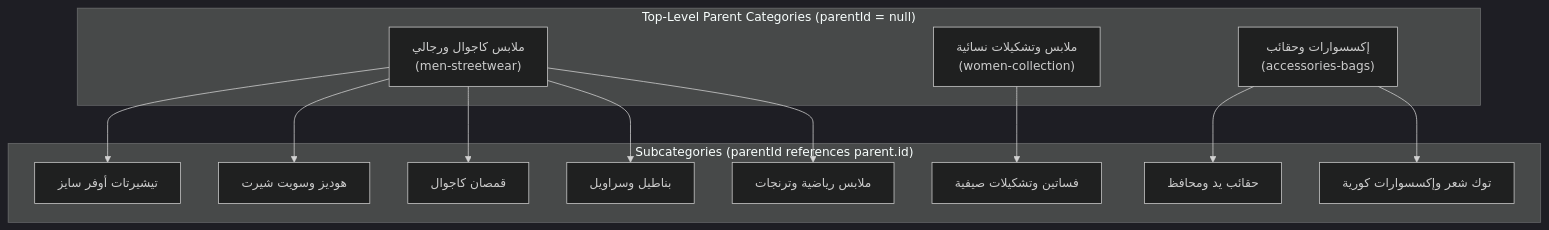
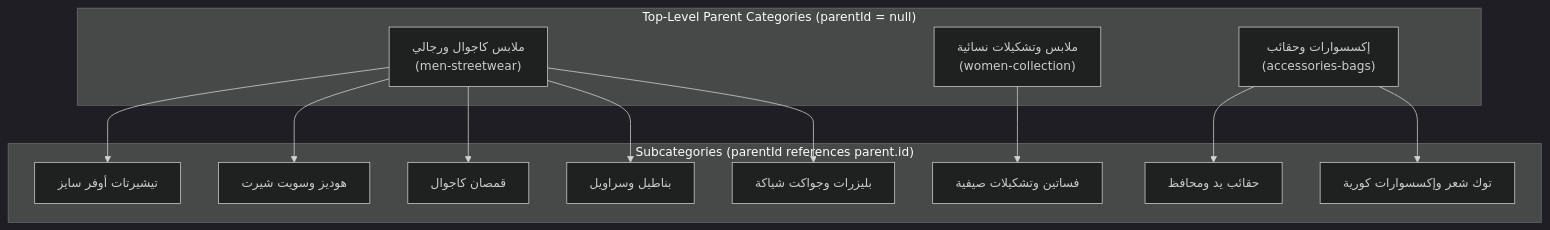
Before and after one commit to galilio2023/giza-86: the third of 3 diagrams in README.md, drawn with Mermaid (dark theme). The commit also changed 6 other files, not shown here.

````diff
--- a/README.md
+++ b/README.md
@@ -129,28 +129,28 @@
 ```mermaid
 graph TD
     subgraph Parents ["Top-Level Parent Categories (parentId = null)"]
         P1["ملابس كاجوال ورجالي<br/>(men-streetwear)"]
         P2["ملابس وتشكيلات نسائية<br/>(women-collection)"]
         P3["إكسسوارات وحقائب<br/>(accessories-bags)"]
     end
 
     subgraph Children ["Subcategories (parentId references parent.id)"]
         C1["تيشيرتات أوفر سايز"]
         C2["هوديز وسويت شيرت"]
         C3["قمصان كاجوال"]
         C4["بناطيل وسراويل"]
-        C5["ملابس رياضية وترنجات"]
+        C5["بليزرات وجواكت شياكة"]
         C6["فساتين وتشكيلات صيفية"]
         C7["حقائب يد ومحافظ"]
         C8["توك شعر وإكسسوارات كورية"]
     end
 
     P1 --> C1
     P1 --> C2
     P1 --> C3
     P1 --> C4
     P1 --> C5
     P2 --> C6
     P3 --> C7
     P3 --> C8
 ```
````
